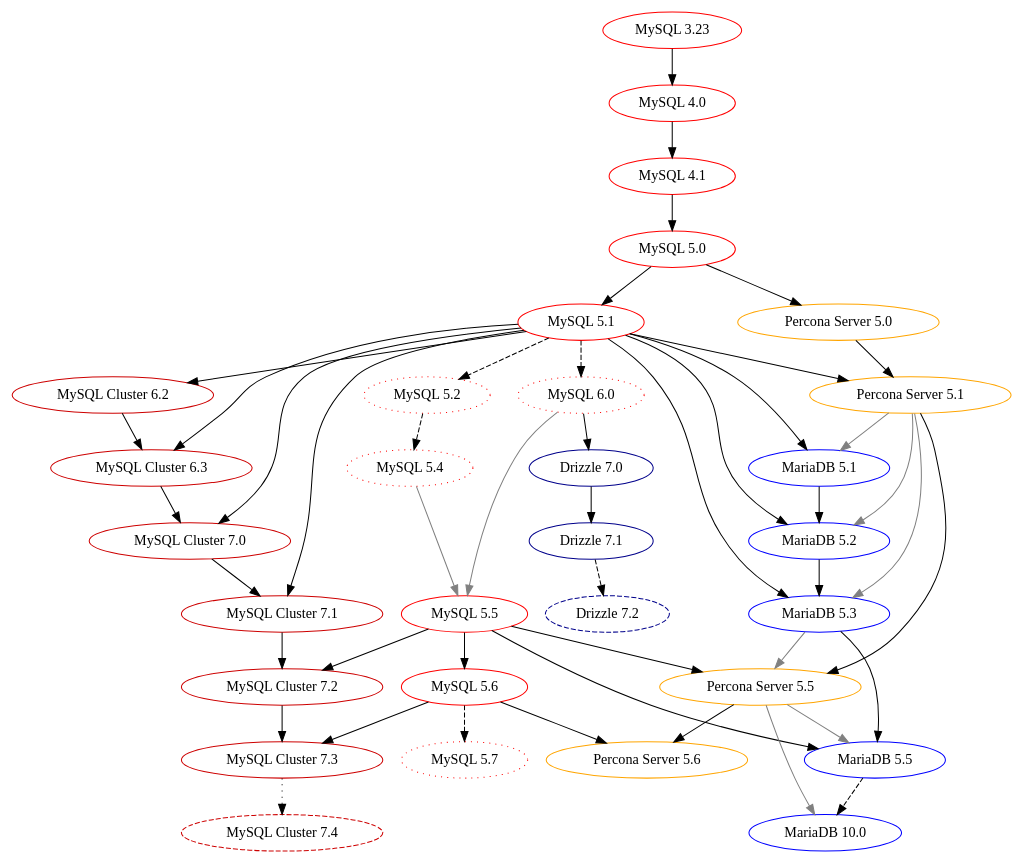
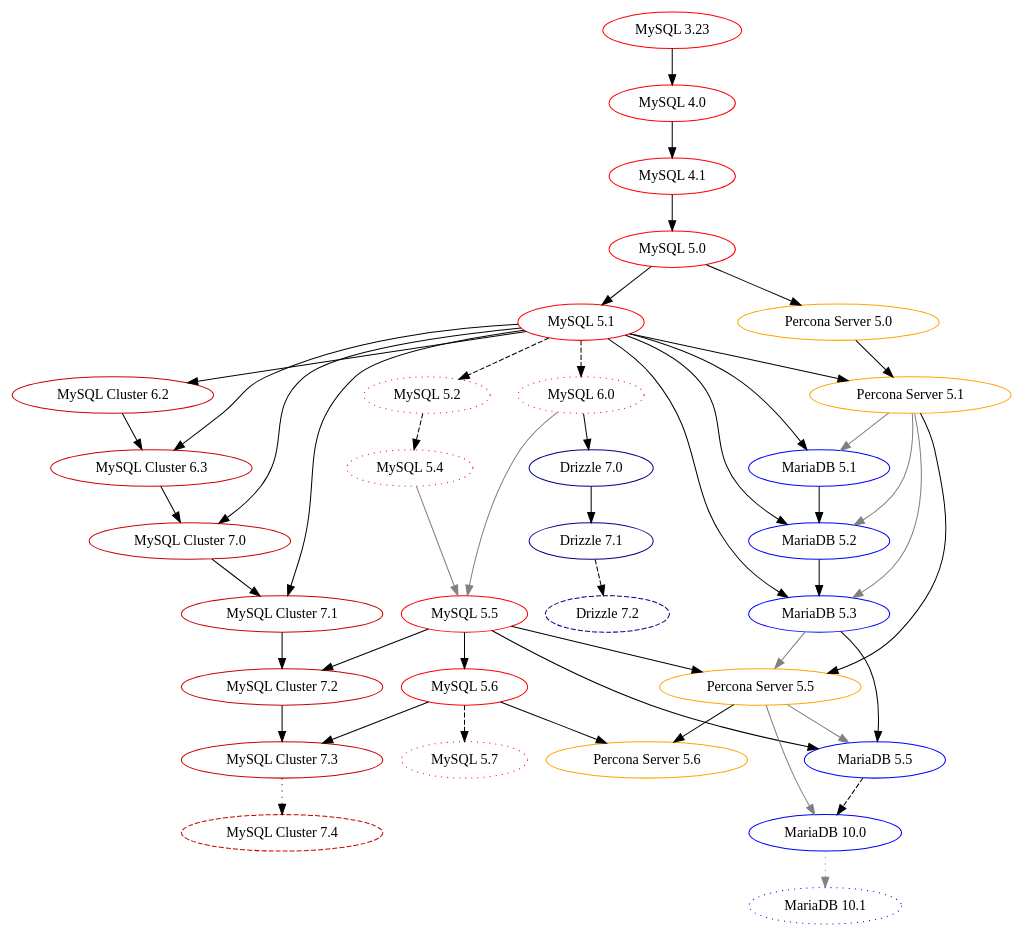
The diagram in mysql-history-graph.dot (dveeden/mysql-history-graph), drawn with Graphviz before and after one commit. The commit also changed 2 other files, not shown here.

Commit message:
Added MariaDB 10.1 Alpha

```diff
--- a/mysql-history-graph.dot
+++ b/mysql-history-graph.dot
@@ -1,100 +1,102 @@
 digraph mysql_history_graph {
 	/* Standards:
 	   Non-GA: 		dotted
 	   Abandoned: 		dotted 
 	   Oracle MySQL: 	red
 	   MySQL Cluster: 	red3
 	   MariaDB: 		blue
 	   Drizzle: 		blue4
 	   Percona Server: 	orange
 	*/
 
 	/* MySQL/Sun/Oracle MySQL GA */
 	"MySQL 3.23" [color="red"];
 	"MySQL 4.0" [color="red"];
 	"MySQL 4.1" [color="red"];
 	"MySQL 5.0" [color="red"];
 	"MySQL 5.1" [color="red"];
 	"MySQL 5.5" [color="red"];
 	"MySQL 5.6" [color="red"];
 	"MySQL 3.23" -> "MySQL 4.0";
 	"MySQL 4.0" -> "MySQL 4.1";
 	"MySQL 4.1" -> "MySQL 5.0";
 	"MySQL 5.0" -> "MySQL 5.1";
 	"MySQL 5.5" -> "MySQL 5.6";
 	"MySQL 5.4" -> "MySQL 5.5" [color="grey"]; // InnoDB Scalability
 	"MySQL 6.0" -> "MySQL 5.5" [color="grey"]; // Optimizer improvements
 
 	/* MySQL/Sun/Oracle non-GA */	
 	"MySQL 5.2" [color="red",style="dotted"];
 	"MySQL 5.4" [color="red",style="dotted"];
 	"MySQL 5.7" [color="red",style="dotted"];
 	"MySQL 6.0" [color="red",style="dotted"];
 	"MySQL 5.1" -> "MySQL 5.2" [style="dashed"];
 	"MySQL 5.1" -> "MySQL 6.0" [style="dashed"];
 	"MySQL 5.2" -> "MySQL 5.4" [style="dashed"];
 	"MySQL 5.6" -> "MySQL 5.7" [style="dashed"];
 
 	/* MySQL Cluster (NDB) */
 	"MySQL Cluster 6.2" [color="red3"]
 	"MySQL Cluster 6.3" [color="red3"]
 	"MySQL Cluster 7.0" [color="red3"]
 	"MySQL Cluster 7.1" [color="red3"]
 	"MySQL Cluster 7.2" [color="red3"]
 	"MySQL Cluster 7.3"  [color="red3"]
 	"MySQL Cluster 7.4"  [color="red3", style="dashed"]
 	"MySQL 5.1" -> "MySQL Cluster 6.2";
 	"MySQL 5.1" -> "MySQL Cluster 6.3";
 	"MySQL Cluster 6.2" -> "MySQL Cluster 6.3";
 	"MySQL 5.1" -> "MySQL Cluster 7.0";
 	"MySQL Cluster 6.3" -> "MySQL Cluster 7.0";
 	"MySQL 5.1" -> "MySQL Cluster 7.1";
 	"MySQL Cluster 7.0" -> "MySQL Cluster 7.1";
 	"MySQL 5.5" -> "MySQL Cluster 7.2";
 	"MySQL Cluster 7.1" -> "MySQL Cluster 7.2";
 	"MySQL 5.6" -> "MySQL Cluster 7.3";
 	"MySQL Cluster 7.2" -> "MySQL Cluster 7.3";
 	"MySQL Cluster 7.3" -> "MySQL Cluster 7.4" [style="dotted"];
 
 	/* MariaDB */
 	"MariaDB 5.1" [color="blue"];
 	"MariaDB 5.2" [color="blue"];
 	"MariaDB 5.3" [color="blue"];
 	"MariaDB 5.5" [color="blue"];
 	"MariaDB 10.0" [color="blue"];
+	"MariaDB 10.1" [color="blue",style="dotted"];
 	"MySQL 5.1" -> "MariaDB 5.1";
 	"Percona Server 5.1" -> "MariaDB 5.1" [color="grey"]; // XtraDB
 	"MySQL 5.1" -> "MariaDB 5.2";
 	"MariaDB 5.1" -> "MariaDB 5.2";
 	"Percona Server 5.1" -> "MariaDB 5.2" [color="grey"]; // XtraDB
 	"MySQL 5.1" -> "MariaDB 5.3";
 	"MariaDB 5.2" -> "MariaDB 5.3";
 	"Percona Server 5.1" -> "MariaDB 5.3" [color="grey"]; // XtraDB
 	"MySQL 5.5" -> "MariaDB 5.5";
 	"MariaDB 5.3" -> "MariaDB 5.5";
 	"Percona Server 5.5" -> "MariaDB 5.5" [color="grey"]; // XtraDB
 	"MariaDB 5.5" -> "MariaDB 10.0" [style="dashed"];
 	"Percona Server 5.5" -> "MariaDB 10.0" [color="grey"]; // XtraDB
+	"MariaDB 10.0" -> "MariaDB 10.1" [color="grey",style="dotted"];
 
 	/* Percona Server */
 	"Percona Server 5.0" [color="orange"];
 	"Percona Server 5.1" [color="orange"];
 	"Percona Server 5.5" [color="orange"];
 	"Percona Server 5.6" [color="orange"];
 	"MySQL 5.0" -> "Percona Server 5.0";
 	"MySQL 5.1" -> "Percona Server 5.1";
 	"Percona Server 5.0" -> "Percona Server 5.1";
 	"MySQL 5.5" -> "Percona Server 5.5";
 	"Percona Server 5.1" -> "Percona Server 5.5";
 	"MariaDB 5.3" -> "Percona Server 5.5" [color="grey"]; // group commit
 	"MySQL 5.6" -> "Percona Server 5.6";
 	"Percona Server 5.5" -> "Percona Server 5.6";
 
 	/* Drizzle */
 	"Drizzle 7.0" [color="blue4"];
 	"Drizzle 7.1" [color="blue4"];
 	"Drizzle 7.2" [color="blue4", style="dashed"];
 	"MySQL 6.0" -> "Drizzle 7.0";
 	"Drizzle 7.0" -> "Drizzle 7.1";
 	"Drizzle 7.1" -> "Drizzle 7.2" [style="dashed"];
 }
```
